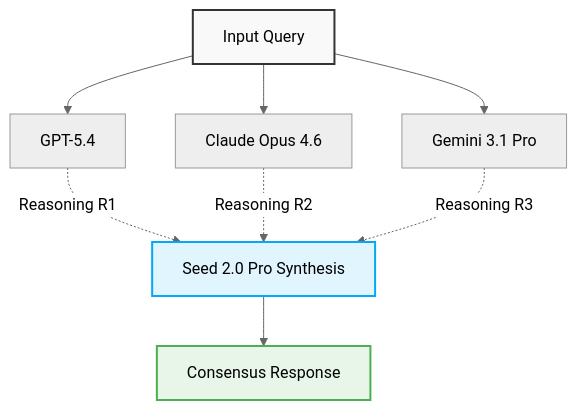
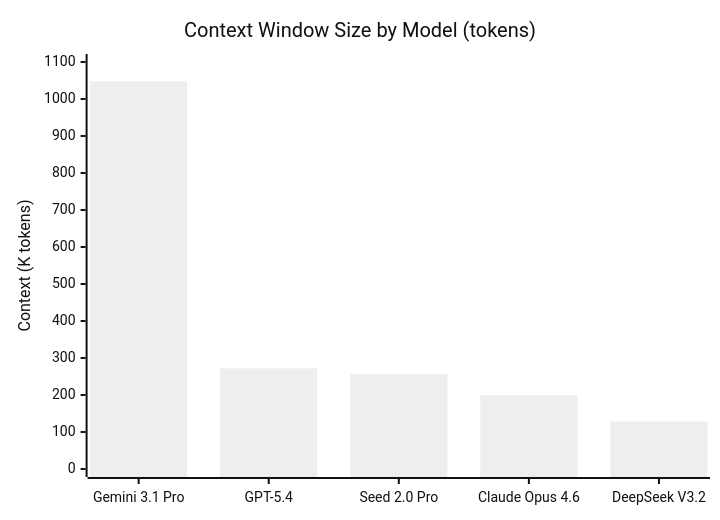
Before and after one commit to Noah-Wu66/Vectaix-AI: the third of 7 diagrams in ARCHITECTURE.md, drawn with Mermaid (neutral theme). The commit also changed other lines of this file and 4 other files, not shown here.

First line of the commit message:
docs(architecture): 全面更新架构文档，详细描述双引擎设计与系统组件

````diff
--- a/ARCHITECTURE.md
+++ b/ARCHITECTURE.md
@@ -26,14 +163,7 @@
 ```mermaid
-graph TD
-    Q[Input Query] --> E1[GPT-5.4]
-    Q --> E2[Claude Opus 4.6]
-    Q --> E3[Gemini 3.1 Pro]
-    E1 -.->|Reasoning R1| S[Seed 2.0 Pro Synthesis]
-    E2 -.->|Reasoning R2| S
-    E3 -.->|Reasoning R3| S
-    S --> A[Consensus Response]
-    
-    style Q fill:#f9f9f9,stroke:#333,stroke-width:2px
-    style S fill:#e1f5fe,stroke:#03a9f4,stroke-width:2px
-    style A fill:#e8f5e9,stroke:#4caf50,stroke-width:2px
+xychart-beta
+    title "Context Window Size by Model (tokens)"
+    x-axis ["Gemini 3.1 Pro", "GPT-5.4", "Seed 2.0 Pro", "Claude Opus 4.6", "DeepSeek V3.2"]
+    y-axis "Context (K tokens)" 0 --> 1100
+    bar [1048, 272, 256, 200, 128]
 ```
````
